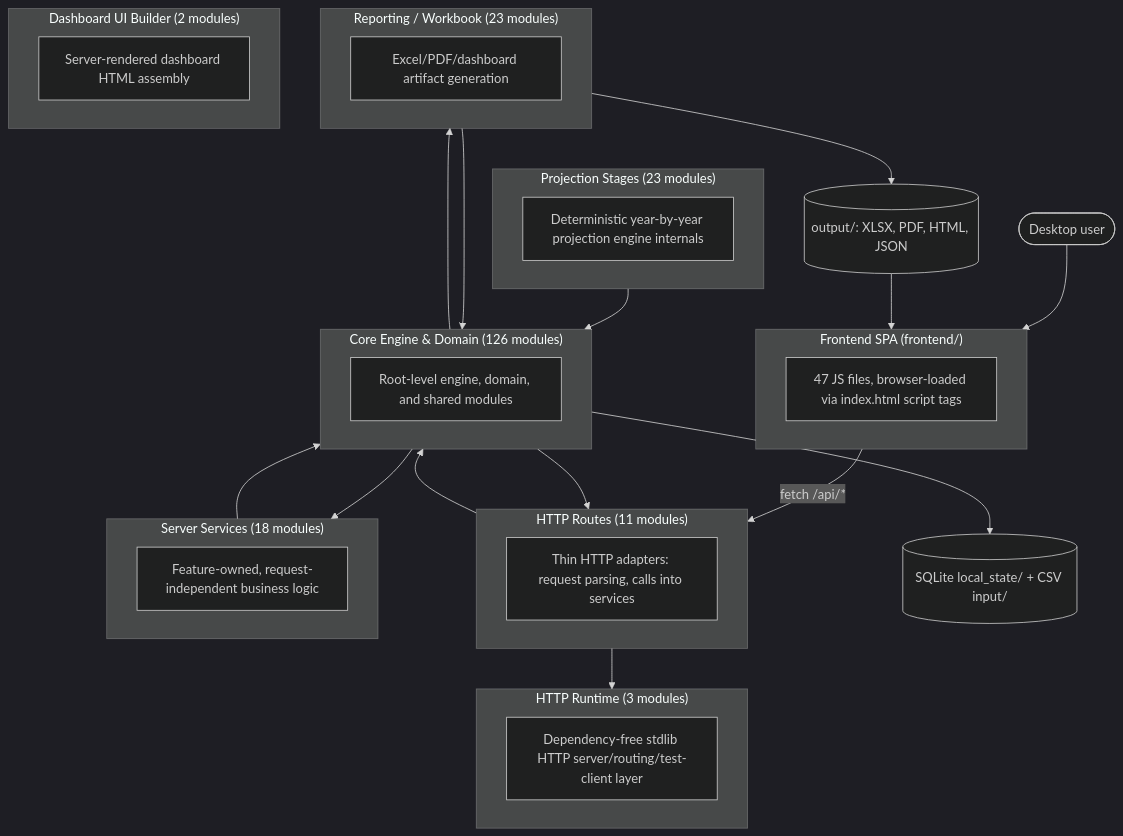
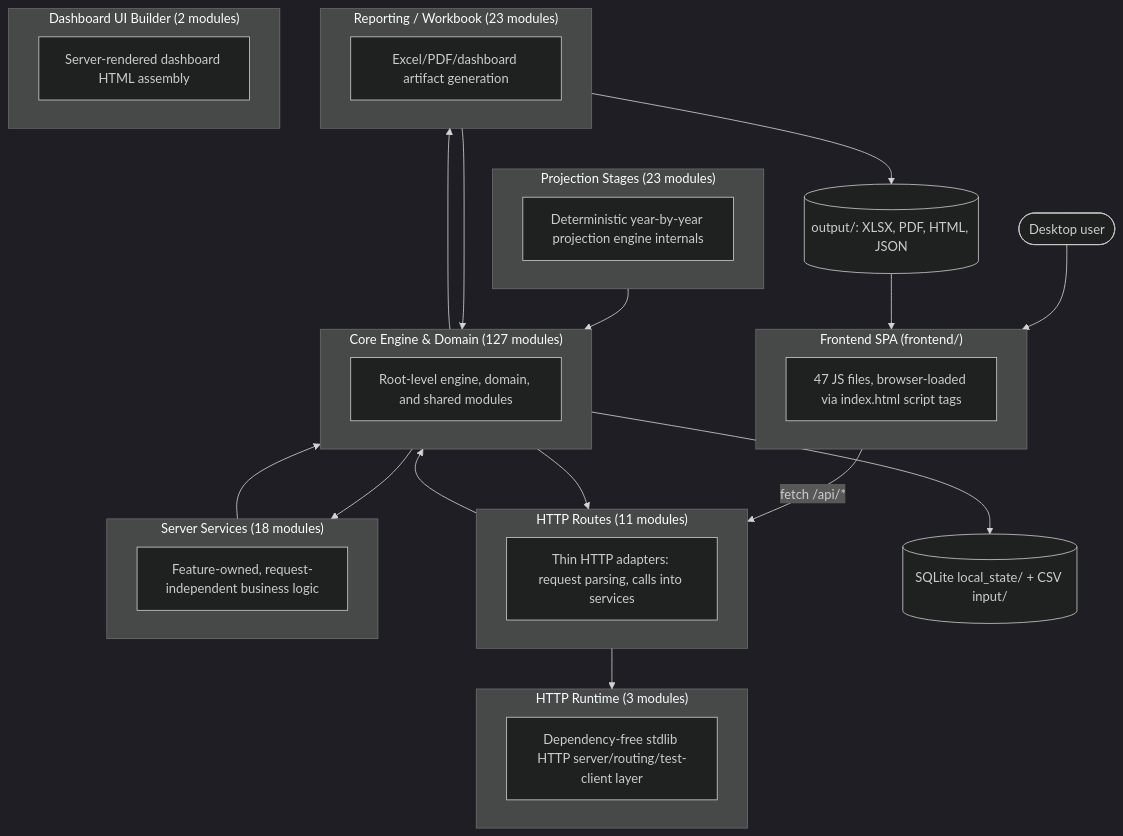
One commit to matthartzman/retirement_system changed the first of 2 diagrams in documentation/reference/SYSTEM_ARCHITECTURE_DIAGRAM.md. Above: the diagram before and after it, drawn with Mermaid (dark theme). The commit also changed other lines of this file and 15 other files, not shown here.

````diff
--- a/documentation/reference/SYSTEM_ARCHITECTURE_DIAGRAM.md
+++ b/documentation/reference/SYSTEM_ARCHITECTURE_DIAGRAM.md
@@ -11,40 +11,40 @@
 ```mermaid
 flowchart TB
     User(["Desktop user"]) --> FE
     subgraph FE["Frontend SPA (frontend/)"]
         FEcount["47 JS files, browser-loaded via index.html script tags"]
     end
     FE -->|fetch /api/*| L_HTTP_Routes
     subgraph L_HTTP_Routes["HTTP Routes (11 modules)"]
         L_HTTP_Routes_d["Thin HTTP adapters: request parsing, calls into services"]
     end
     subgraph L_Server_Services["Server Services (18 modules)"]
         L_Server_Services_d["Feature-owned, request-independent business logic"]
     end
     subgraph L_HTTP_Runtime["HTTP Runtime (3 modules)"]
         L_HTTP_Runtime_d["Dependency-free stdlib HTTP server/routing/test-client layer"]
     end
-    subgraph L_Core_Engine___Domain["Core Engine & Domain (126 modules)"]
+    subgraph L_Core_Engine___Domain["Core Engine & Domain (127 modules)"]
         L_Core_Engine___Domain_d["Root-level engine, domain, and shared modules"]
     end
     subgraph L_Projection_Stages["Projection Stages (23 modules)"]
         L_Projection_Stages_d["Deterministic year-by-year projection engine internals"]
     end
     subgraph L_Reporting___Workbook["Reporting / Workbook (23 modules)"]
         L_Reporting___Workbook_d["Excel/PDF/dashboard artifact generation"]
     end
     subgraph L_Dashboard_UI_Builder["Dashboard UI Builder (2 modules)"]
         L_Dashboard_UI_Builder_d["Server-rendered dashboard HTML assembly"]
     end
     L_Core_Engine___Domain --> L_HTTP_Routes
     L_Core_Engine___Domain --> L_Reporting___Workbook
     L_Core_Engine___Domain --> L_Server_Services
     L_HTTP_Routes --> L_Core_Engine___Domain
     L_HTTP_Routes --> L_HTTP_Runtime
     L_Projection_Stages --> L_Core_Engine___Domain
     L_Reporting___Workbook --> L_Core_Engine___Domain
     L_Server_Services --> L_Core_Engine___Domain
     L_Core_Engine___Domain --> DB[("SQLite local_state/ + CSV input/")]
     L_Reporting___Workbook --> Outputs[("output/: XLSX, PDF, HTML, JSON")]
     Outputs --> FE
 ```
````
